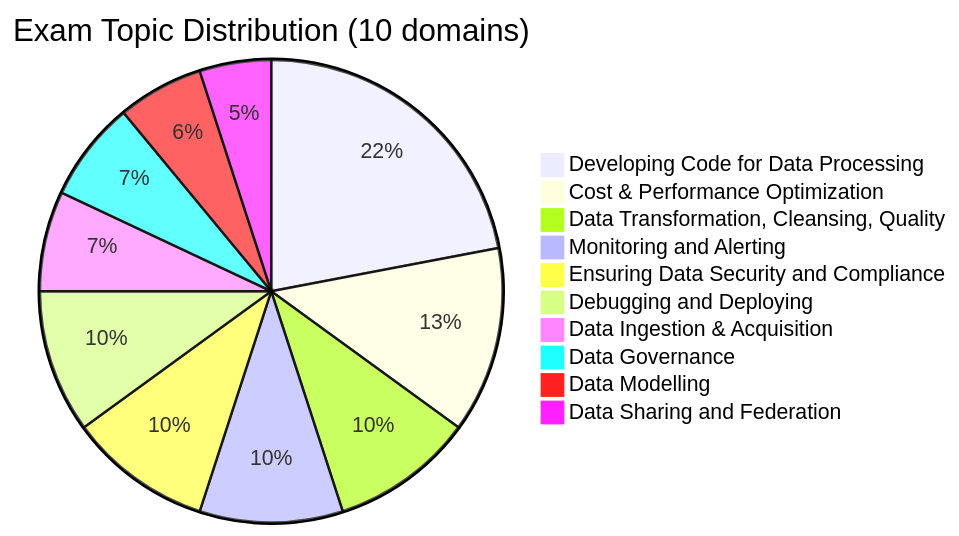
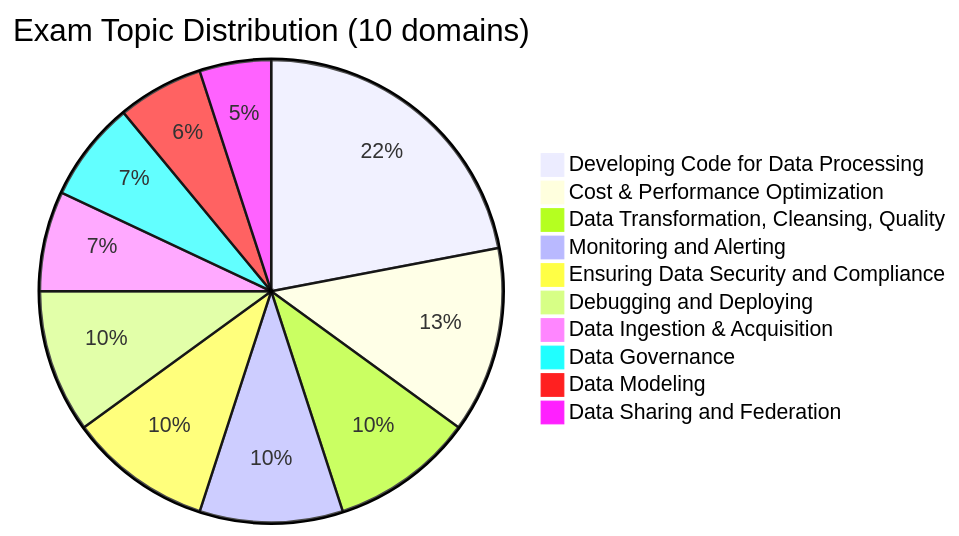
Before and after one commit to kengio/databricks-certification-study-guide: the diagram in certifications/data-engineer-professional/README.md, drawn with Mermaid. The commit also changed other lines of this file and 54 other files, not shown here.

````diff
--- a/certifications/data-engineer-professional/README.md
+++ b/certifications/data-engineer-professional/README.md
@@ -43,13 +43,13 @@
 ```mermaid
 pie title Exam Topic Distribution (10 domains)
     "Developing Code for Data Processing" : 22
     "Cost & Performance Optimization" : 13
     "Data Transformation, Cleansing, Quality" : 10
     "Monitoring and Alerting" : 10
     "Ensuring Data Security and Compliance" : 10
     "Debugging and Deploying" : 10
     "Data Ingestion & Acquisition" : 7
     "Data Governance" : 7
-    "Data Modelling" : 6
+    "Data Modeling" : 6
     "Data Sharing and Federation" : 5
 ```
````
